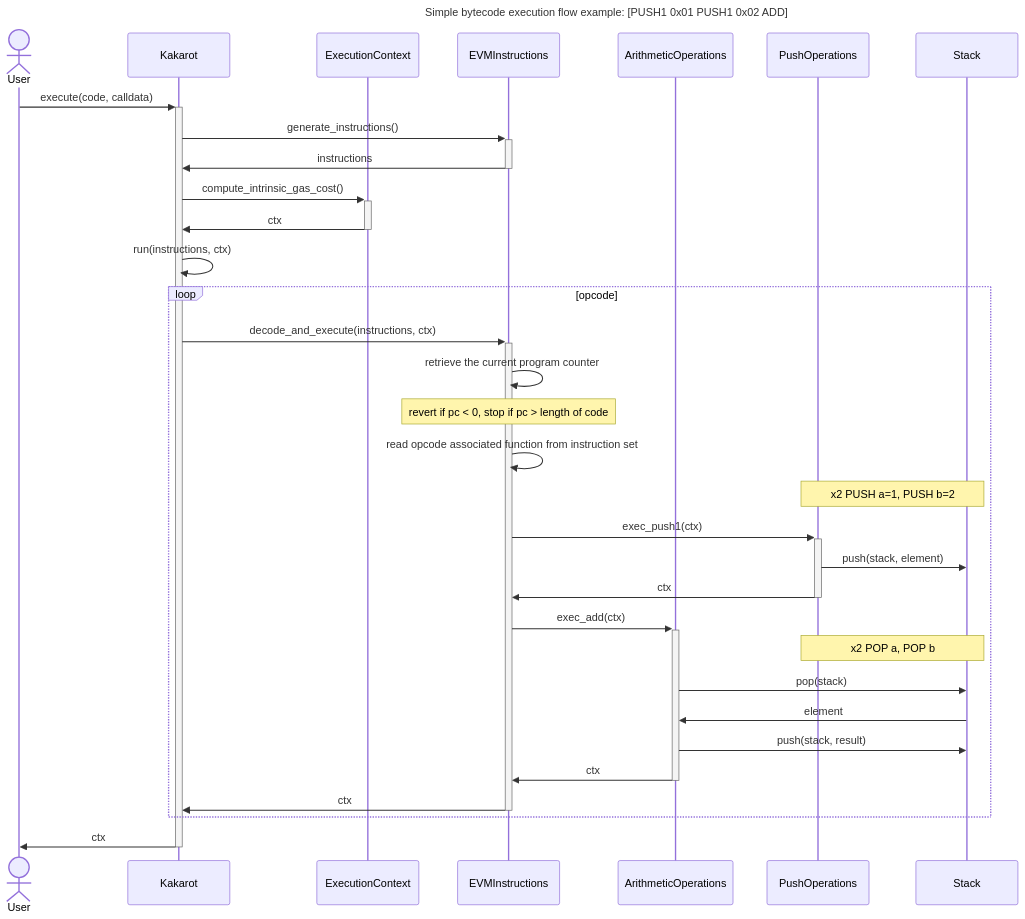
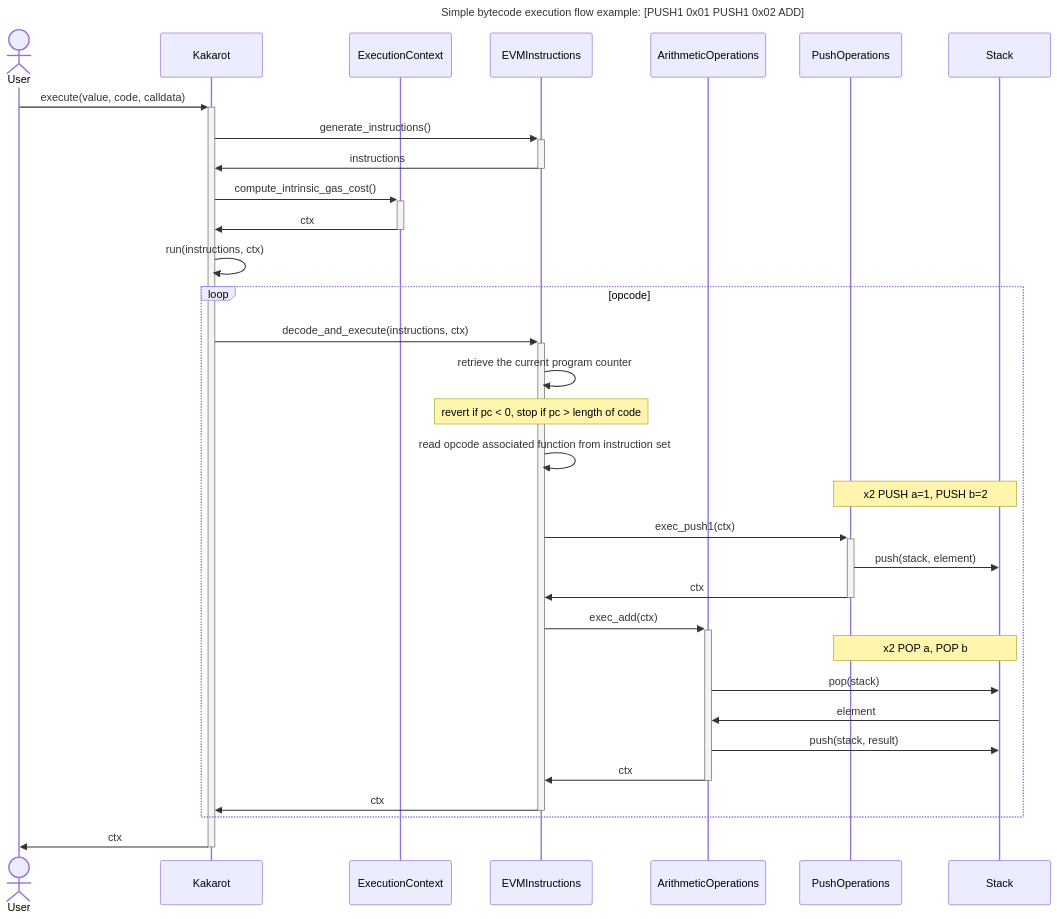
The second of 2 diagrams in README.md (kkrt-labs/kakarot), drawn with Mermaid before and after one commit. The commit also changed 13 other files, not shown here.

````diff
--- a/README.md
+++ b/README.md
@@ -61,35 +61,35 @@
 ```mermaid
 sequenceDiagram
     title Simple bytecode execution flow example: [PUSH1 0x01 PUSH1 0x02 ADD]
     actor User
     participant Kakarot
     participant ExecutionContext
     participant EVMInstructions
     participant ArithmeticOperations
     participant PushOperations
     participant Stack
-    User->>+Kakarot: execute(code, calldata)
+    User->>+Kakarot: execute(value, code, calldata)
     Kakarot->>+EVMInstructions: generate_instructions()
     EVMInstructions->>-Kakarot: instructions
     Kakarot->>+ExecutionContext: compute_intrinsic_gas_cost()
     ExecutionContext->>-Kakarot: ctx
     Kakarot->>Kakarot: run(instructions, ctx)
     loop opcode
         Kakarot->>+EVMInstructions: decode_and_execute(instructions, ctx)
         EVMInstructions->>EVMInstructions: retrieve the current program counter
         Note over EVMInstructions: revert if pc < 0, stop if pc > length of code
         EVMInstructions->>EVMInstructions: read opcode associated function from instruction set
         Note over PushOperations, Stack: x2 PUSH a=1, PUSH b=2
         EVMInstructions->>+PushOperations: exec_push1(ctx)
         PushOperations->>Stack: push(stack, element)
         PushOperations->>-EVMInstructions: ctx
         EVMInstructions->>+ArithmeticOperations: exec_add(ctx)
         Note over PushOperations, Stack: x2 POP a, POP b
         ArithmeticOperations->>Stack: pop(stack)
         Stack->>ArithmeticOperations: element
         ArithmeticOperations->>Stack: push(stack, result)
         ArithmeticOperations->>-EVMInstructions: ctx
         EVMInstructions->>-Kakarot: ctx
     end
     Kakarot->>-User: ctx
 ```
````
